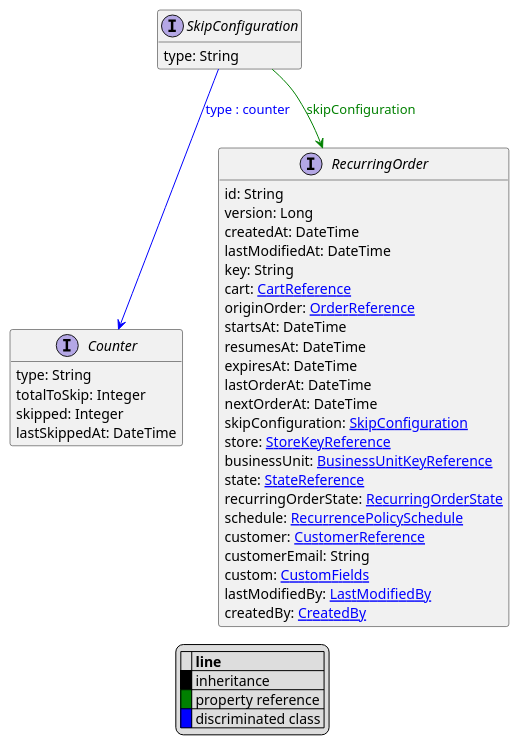
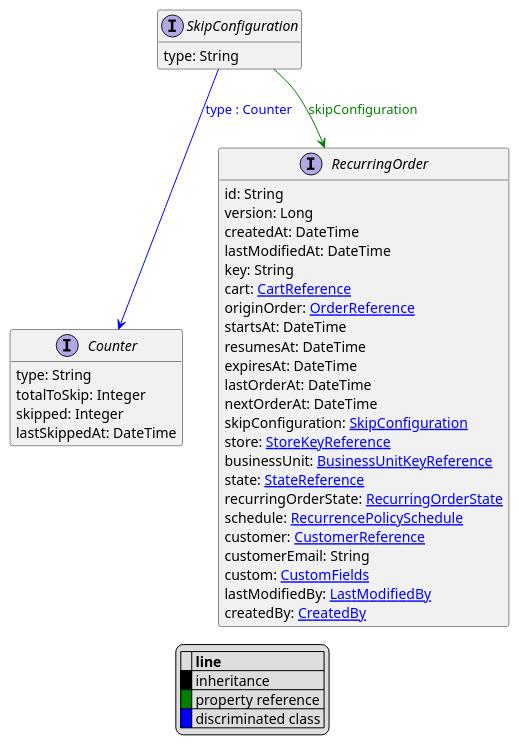
Before and after one commit to commercetools/commercetools-api-reference: the diagram in uml/api/SkipConfiguration.puml, drawn with PlantUML. The commit also changed 5 other files, not shown here.

```diff
--- a/uml/api/SkipConfiguration.puml
+++ b/uml/api/SkipConfiguration.puml
@@ -1,49 +1,49 @@
 @startuml
 
 hide empty fields
 hide empty methods
 legend
 |= |= line |
 |<back:black>   </back>| inheritance |
 |<back:green>   </back>| property reference |
 |<back:blue>   </back>| discriminated class |
 endlegend
 interface SkipConfiguration [[SkipConfiguration.svg]]  {
     type: String
 }
 
 
 interface Counter [[Counter.svg]]  {
     type: String
     totalToSkip: Integer
     skipped: Integer
     lastSkippedAt: DateTime
 }
 interface RecurringOrder [[RecurringOrder.svg]]  {
     id: String
     version: Long
     createdAt: DateTime
     lastModifiedAt: DateTime
     key: String
     cart: [[CartReference.svg CartReference]]
     originOrder: [[OrderReference.svg OrderReference]]
     startsAt: DateTime
     resumesAt: DateTime
     expiresAt: DateTime
     lastOrderAt: DateTime
     nextOrderAt: DateTime
     skipConfiguration: [[SkipConfiguration.svg SkipConfiguration]]
     store: [[StoreKeyReference.svg StoreKeyReference]]
     businessUnit: [[BusinessUnitKeyReference.svg BusinessUnitKeyReference]]
     state: [[StateReference.svg StateReference]]
     recurringOrderState: [[RecurringOrderState.svg RecurringOrderState]]
     schedule: [[RecurrencePolicySchedule.svg RecurrencePolicySchedule]]
     customer: [[CustomerReference.svg CustomerReference]]
     customerEmail: String
     custom: [[CustomFields.svg CustomFields]]
     lastModifiedBy: [[LastModifiedBy.svg LastModifiedBy]]
     createdBy: [[CreatedBy.svg CreatedBy]]
 }
-SkipConfiguration --> Counter #blue;text:blue : "type : counter"
+SkipConfiguration --> Counter #blue;text:blue : "type : Counter"
 SkipConfiguration --> RecurringOrder #green;text:green : "skipConfiguration"
 @enduml
```
